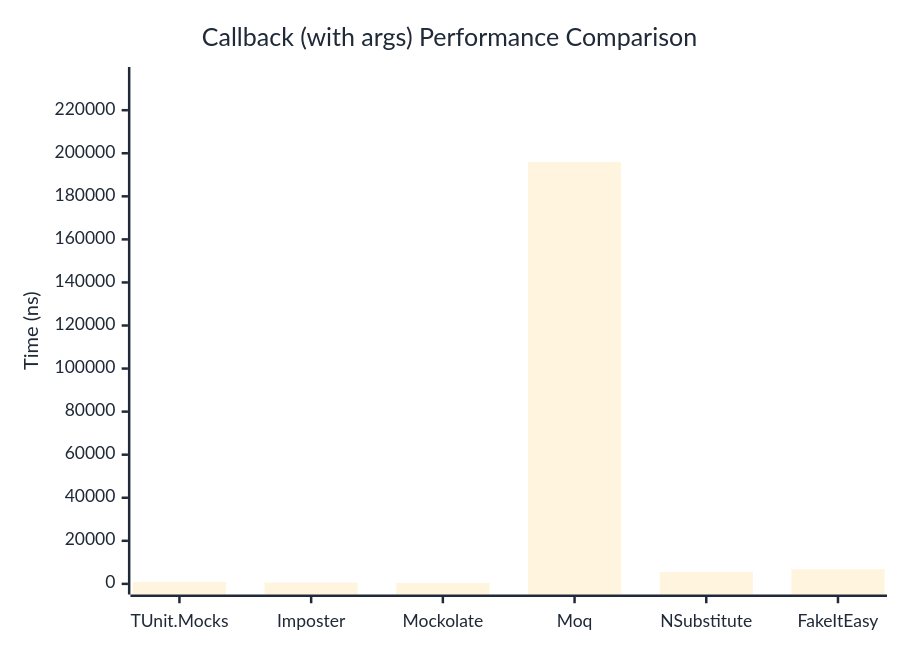
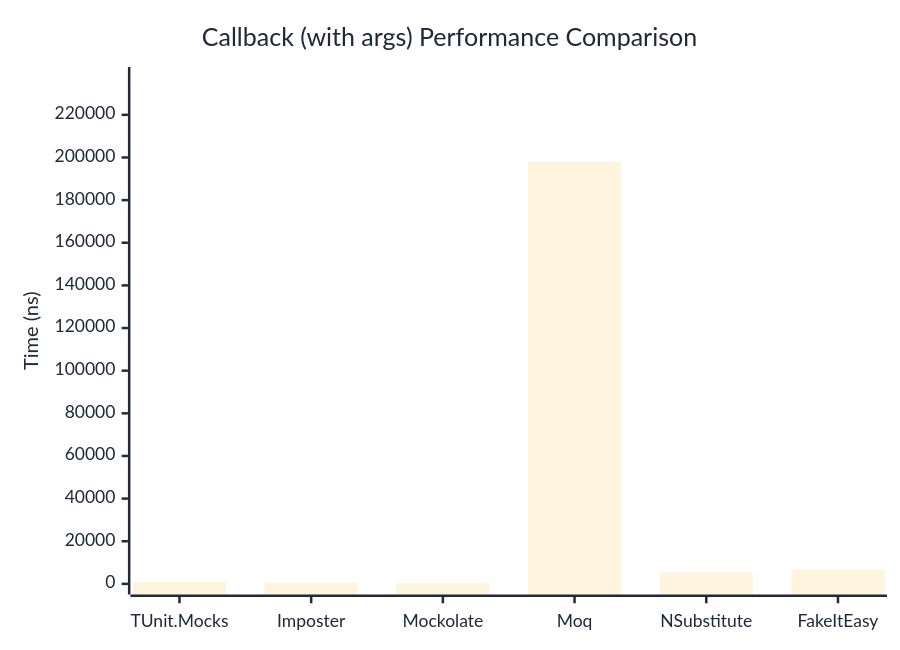
One commit to thomhurst/TUnit changed the second of 2 diagrams in docs/docs/benchmarks/mocks/Callback.md. Above: the diagram before and after it, drawn with Mermaid. The commit also changed other lines of this file and 14 other files, not shown here.

````diff
--- a/docs/docs/benchmarks/mocks/Callback.md
+++ b/docs/docs/benchmarks/mocks/Callback.md
@@ -71,27 +71,27 @@
 ```mermaid
 %%{init: {
   'theme':'base',
   'themeVariables': {
     'primaryColor': '#2563eb',
     'primaryTextColor': '#1f2937',
     'primaryBorderColor': '#1e40af',
     'lineColor': '#6b7280',
     'secondaryColor': '#7c3aed',
     'tertiaryColor': '#dc2626',
     'background': '#ffffff',
     'pie1': '#2563eb',
     'pie2': '#7c3aed',
     'pie3': '#dc2626',
     'pie4': '#f59e0b',
     'pie5': '#10b981',
     'pie6': '#06b6d4',
     'pie7': '#ec4899',
     'pie8': '#6366f1'
   }
 }}%%
 xychart-beta
   title "Callback (with args) Performance Comparison"
   x-axis ["TUnit.Mocks", "Imposter", "Mockolate", "Moq", "NSubstitute", "FakeItEasy"]
-  y-axis "Time (ns)" 0 --> 235131
-  bar [860, 589.4, 442.2, 195942.5, 5520.9, 6822.5]
+  y-axis "Time (ns)" 0 --> 237456
+  bar [861.7, 625.8, 472.7, 197879.2, 5322.1, 6927.7]
 ```
````
